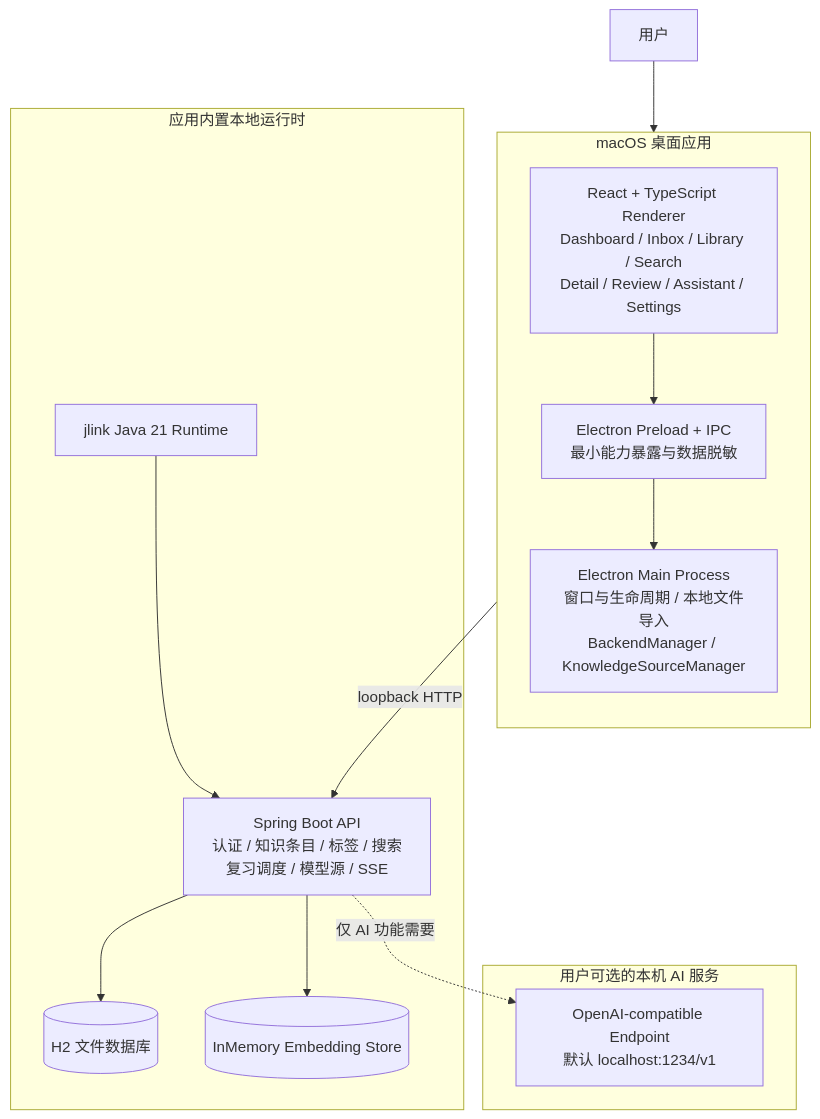
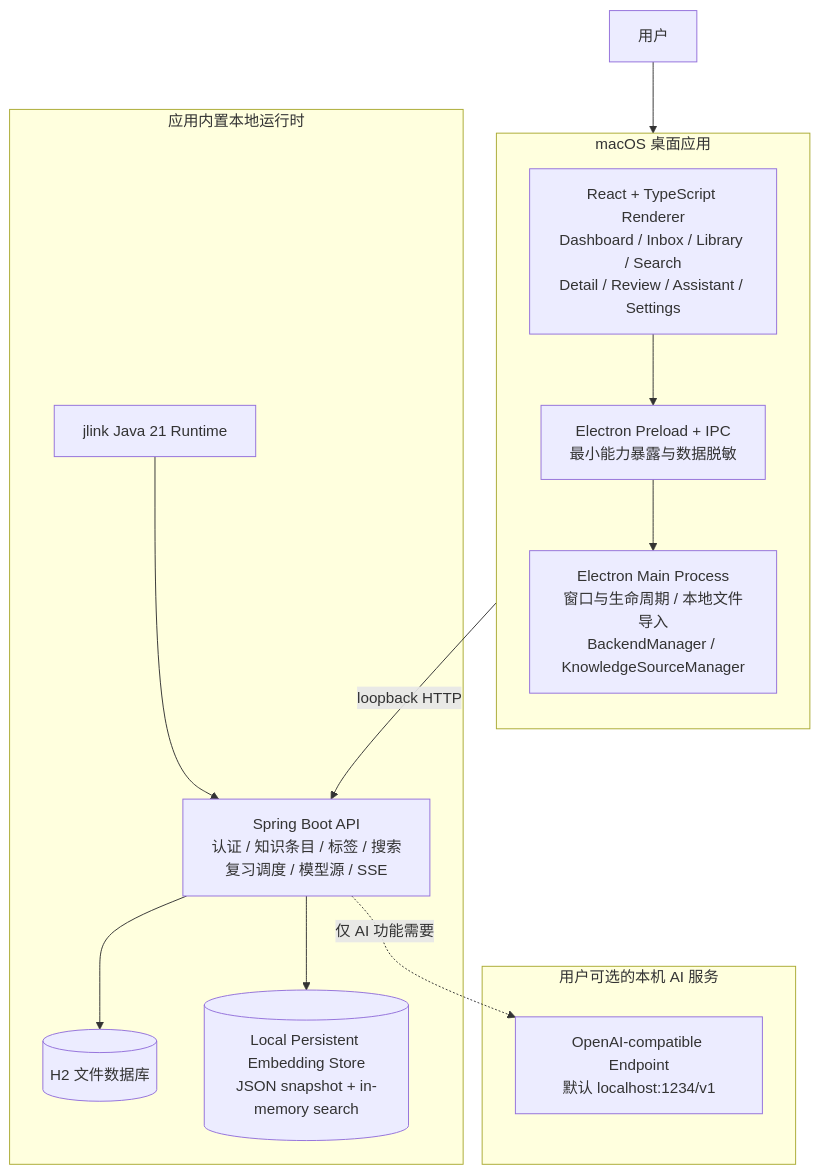
Before and after one commit to lqq151510/Ai-Agent: the second of 6 diagrams in PROJECT_SHOWCASE.md, drawn with Mermaid. The commit also changed other lines of this file and 5 other files, not shown here.

````diff
--- a/PROJECT_SHOWCASE.md
+++ b/PROJECT_SHOWCASE.md
@@ -28,30 +28,30 @@
 ```mermaid
 flowchart TB
     U[用户]
 
     subgraph Desktop[macOS 桌面应用]
         direction TB
         UI[React + TypeScript Renderer<br/>Dashboard / Inbox / Library / Search<br/>Detail / Review / Assistant / Settings]
         IPC[Electron Preload + IPC<br/>最小能力暴露与数据脱敏]
         MAIN[Electron Main Process<br/>窗口与生命周期 / 本地文件导入<br/>BackendManager / KnowledgeSourceManager]
     end
 
     subgraph LocalRuntime[应用内置本地运行时]
         API[Spring Boot API<br/>认证 / 知识条目 / 标签 / 搜索<br/>复习调度 / 模型源 / SSE]
         DB[(H2 文件数据库)]
-        VEC[(InMemory Embedding Store)]
+        VEC[(Local Persistent Embedding Store<br/>JSON snapshot + in-memory search)]
         JRE[jlink Java 21 Runtime]
     end
 
     subgraph OptionalAI[用户可选的本机 AI 服务]
         MODEL[OpenAI-compatible Endpoint<br/>默认 localhost:1234/v1]
     end
 
     U --> UI
     UI --> IPC --> MAIN
     MAIN -->|loopback HTTP| API
     JRE --> API
     API --> DB
     API --> VEC
     API -.->|仅 AI 功能需要| MODEL
 ```
````
